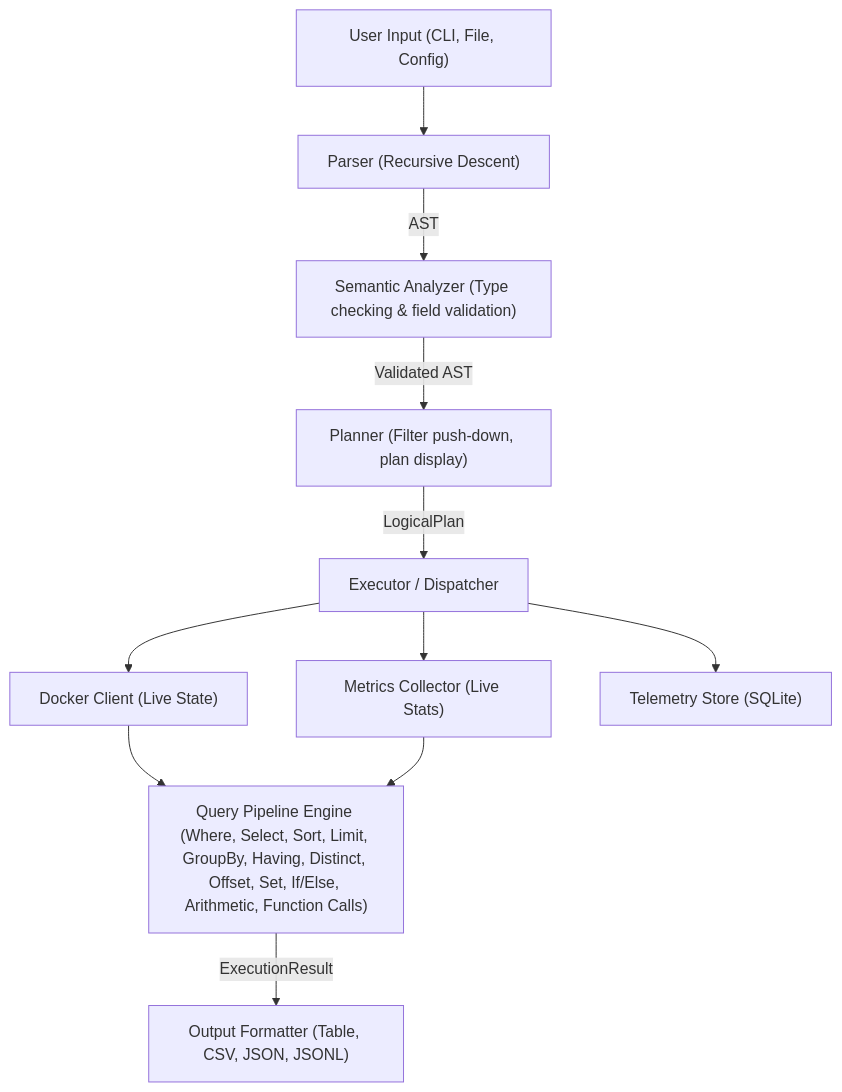
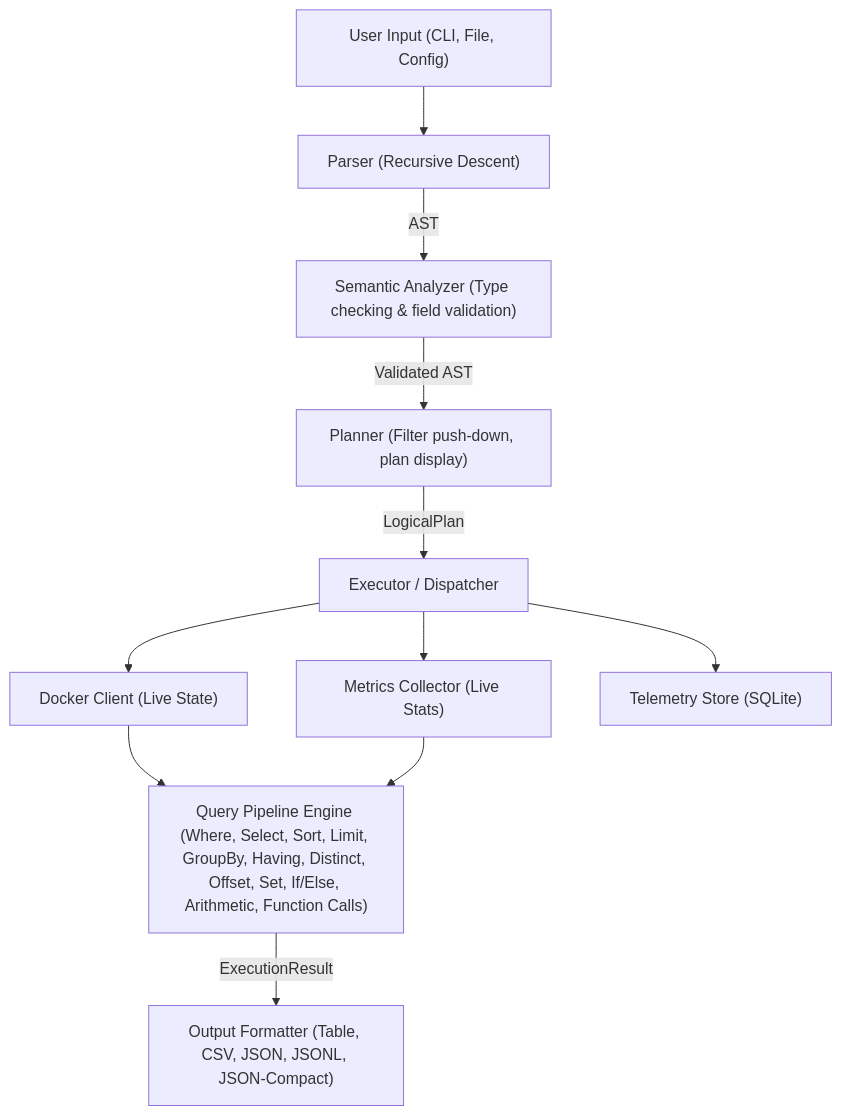
Before and after one commit to genc-murat/DockQL: the diagram in docs/architecture.md, drawn with Mermaid. The commit also changed other lines of this file and 7 other files, not shown here.

Commit message:
feat: add support for json-compact output format and enhance CSV rendering

````diff
--- a/docs/architecture.md
+++ b/docs/architecture.md
@@ -9,16 +9,16 @@
 ```mermaid
 flowchart TD
     Input["User Input (CLI, File, Config)"] --> Parser["Parser (Recursive Descent)"]
     Parser -->|AST| Semantic["Semantic Analyzer (Type checking & field validation)"]
     Semantic -->|Validated AST| Planner["Planner (Filter push-down, plan display)"]
     Planner -->|LogicalPlan| Executor["Executor / Dispatcher"]
 
     Executor --> DockerClient["Docker Client (Live State)"]
     Executor --> MetricsColl["Metrics Collector (Live Stats)"]
     Executor --> TelemetryStore["Telemetry Store (SQLite)"]
 
     DockerClient --> Pipeline["Query Pipeline Engine (Where, Select, Sort, Limit, GroupBy, Having, Distinct, Offset, Set, If/Else, Arithmetic, Function Calls)"]
     MetricsColl --> Pipeline
 
-    Pipeline -->|ExecutionResult| Output["Output Formatter (Table, CSV, JSON, JSONL)"]
+    Pipeline -->|ExecutionResult| Output["Output Formatter (Table, CSV, JSON, JSONL, JSON-Compact)"]
 ```
````
